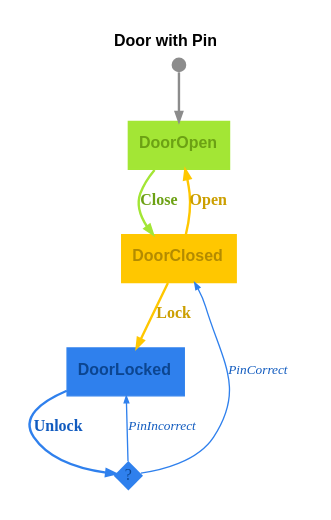
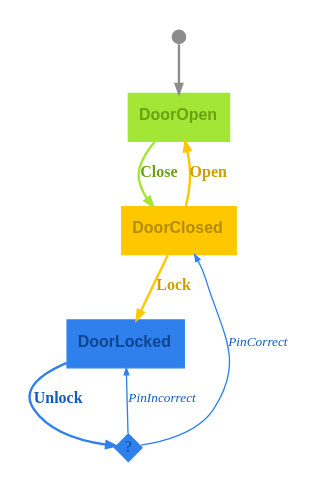
One commit to m-bock/purescript-transit changed the diagram in renders/door-pin-light.dot. Above: the diagram before and after it, drawn with Graphviz. The commit also changed 18 other files, not shown here.

Commit message:
Update Graphviz integration in examples and documentation; refactor state diagram generation to return GraphvizGraph type, enhance tutorial examples for Door, DoorPin, and Bridges of Königsberg, and improve links in documentation for clarity and accuracy.

```diff
--- a/renders/door-pin-light.dot
+++ b/renders/door-pin-light.dot
@@ -1,16 +1,16 @@
 digraph 
 {
-rankdir = "TD";fontname = "Arial";label = <<b>Door with Pin</b>>;labelloc = "t";fontsize = 12;bgcolor = "#ffffff";color = "#000000";fontcolor = "#000000";pad = 0.2
+rankdir = "TD";fontname = "Arial";labelloc = "t";fontsize = 12;bgcolor = "#ffffff";color = "#000000";fontcolor = "#000000";pad = 0.2
 DoorOpen [shape = "box", label = <<b>DoorOpen</b>>, fontsize = 12, style = "filled", fillcolor = "#a3e635", fontcolor = "#6ca114", color = "#a3e635", fontname = "Arial", labelloc = "c", penwidth = 1.0]
 __Start__ [shape = "circle", label = "", width = 0.15, height = 0.15, fixedsize = true, style = "filled", fillcolor = "#8c8c8c", penwidth = 0.0]
 __Start__ -> DoorOpen [color = "#8c8c8c", fontsize = 12, arrowsize = "0.7", penwidth = 1.8]
 DoorOpen -> DoorClosed [color = "#a3e635", fontcolor = "#6ca114", fontsize = 12, arrowsize = "0.7", label = <<b>Close</b>>, penwidth = 1.8]
 DoorClosed [shape = "box", label = <<b>DoorClosed</b>>, fontsize = 12, style = "filled", fillcolor = "#ffc700", fontcolor = "#b38b00", color = "#ffc700", fontname = "Arial", labelloc = "c", penwidth = 1.0]
 DoorClosed -> DoorOpen [color = "#ffc700", fontcolor = "#cc9f00", fontsize = 12, arrowsize = "0.7", label = <<b>Open</b>>, penwidth = 1.8]
 DoorClosed -> DoorLocked [color = "#ffc700", fontcolor = "#cc9f00", fontsize = 12, arrowsize = "0.7", label = <<b>Lock</b>>, penwidth = 1.8]
 DoorLocked [shape = "box", label = <<b>DoorLocked</b>>, fontsize = 12, style = "filled", fillcolor = "#2f80ed", fontcolor = "#0c4590", color = "#2f80ed", fontname = "Arial", labelloc = "c", penwidth = 1.0]
 decision_DoorLocked_Unlock [shape = "diamond", label = "?", fontsize = 12, fontcolor = "#0c4590", style = "filled", fillcolor = "#2f80ed", penwidth = 0.0, fixedsize = true, width = 0.3, height = 0.3]
 DoorLocked -> decision_DoorLocked_Unlock [color = "#2f80ed", fontcolor = "#115bbf", fontsize = 12, arrowsize = "0.7", label = <<b>Unlock</b>>, penwidth = 1.8]
 decision_DoorLocked_Unlock -> DoorLocked [color = "#2f80ed", fontcolor = "#115bbf", fontsize = 10, arrowsize = "0.5", label = <<i>PinIncorrect</i>>, penwidth = 1.0]
 decision_DoorLocked_Unlock -> DoorClosed [color = "#2f80ed", fontcolor = "#115bbf", fontsize = 10, arrowsize = "0.5", label = <<i>PinCorrect</i>>, penwidth = 1.0]
 }
```
